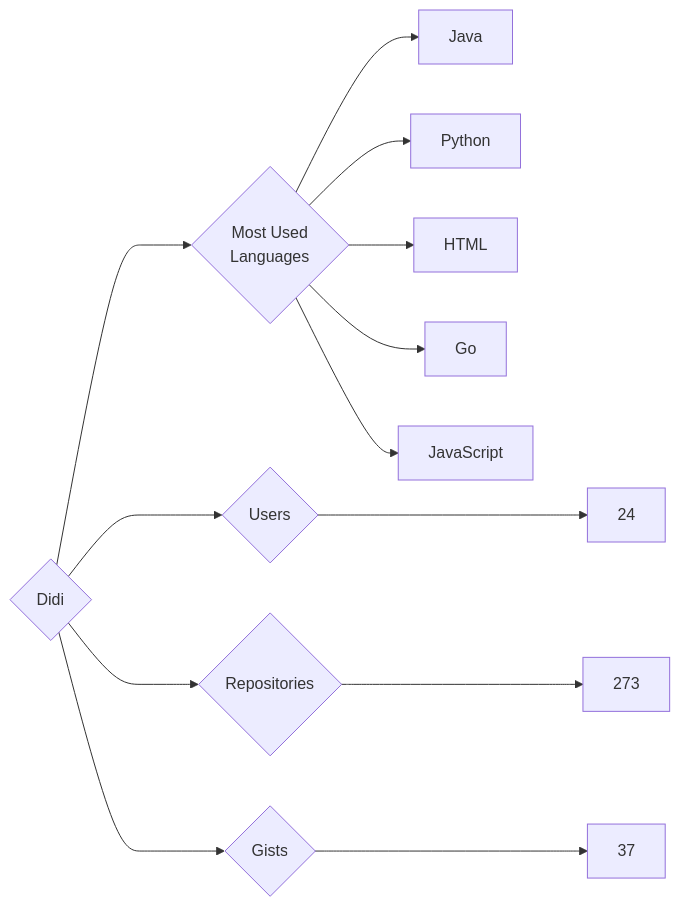
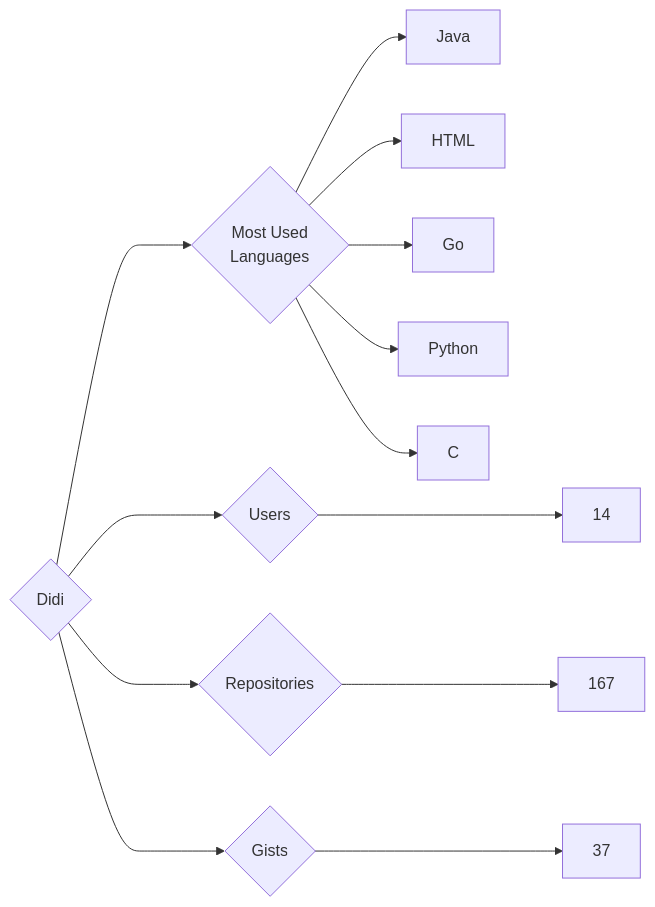
One commit to trickest/insiders changed the diagram in targets/Didi/README.md. Above: the diagram before and after it, drawn with Mermaid. The commit also changed 814 other files, not shown here.

````diff
--- a/targets/Didi/README.md
+++ b/targets/Didi/README.md
@@ -3,13 +3,13 @@
 ```mermaid
 graph LR
 COMPANY_NAME{Didi}
-COMPANY_NAME ---> U{Users} ---> UN[24]
-COMPANY_NAME ---> R{Repositories} ---> RN[273]
+COMPANY_NAME ---> U{Users} ---> UN[14]
+COMPANY_NAME ---> R{Repositories} ---> RN[167]
 COMPANY_NAME ---> G{Gists} ---> GN[37]
 COMPANY_NAME ---> ML{Most Used<br>Languages}
 ML --> Java[Java]
-ML --> Python[Python]
 ML --> HTML[HTML]
 ML --> Go[Go]
-ML --> JavaScript[JavaScript]
+ML --> Python[Python]
+ML --> C[C]
 ```
````
